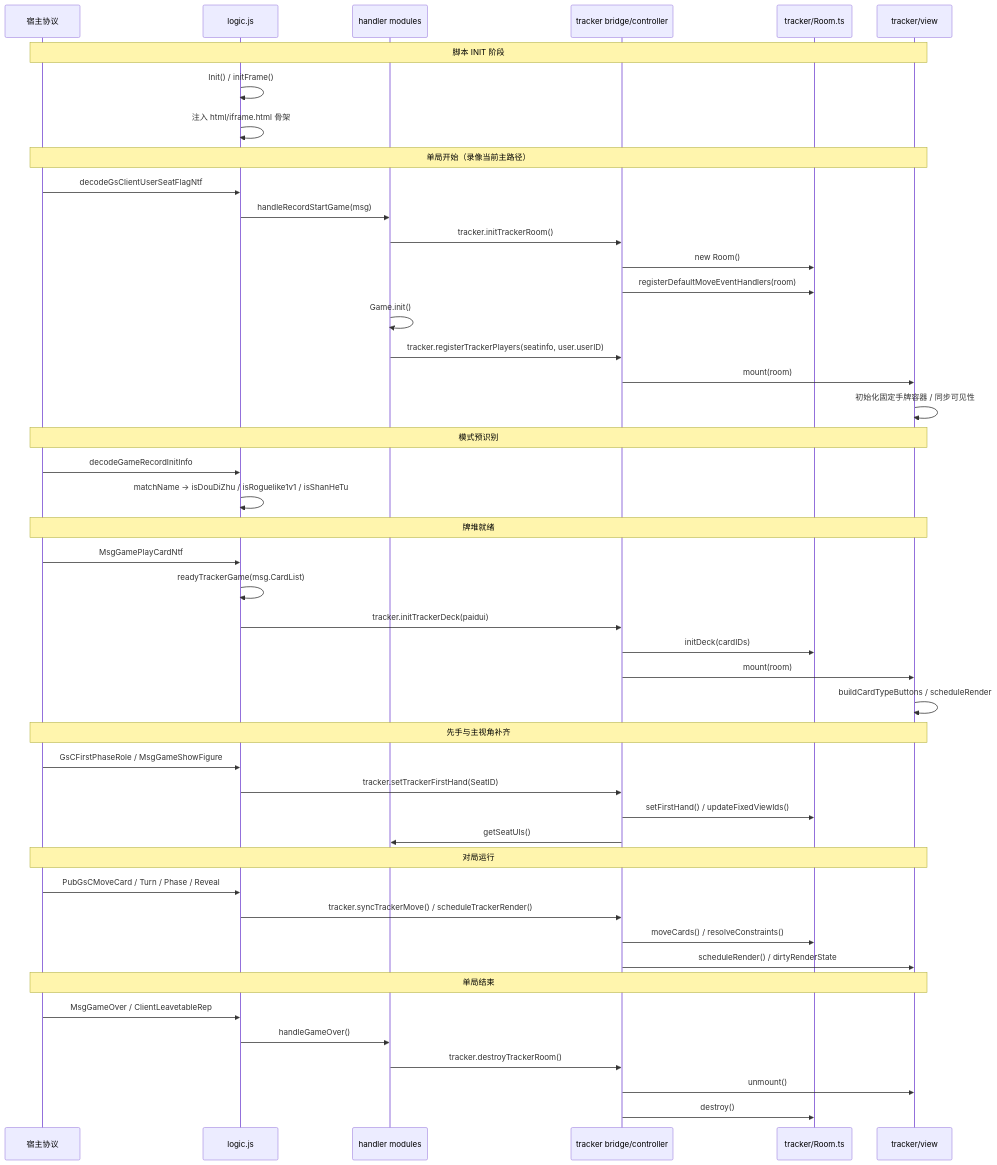
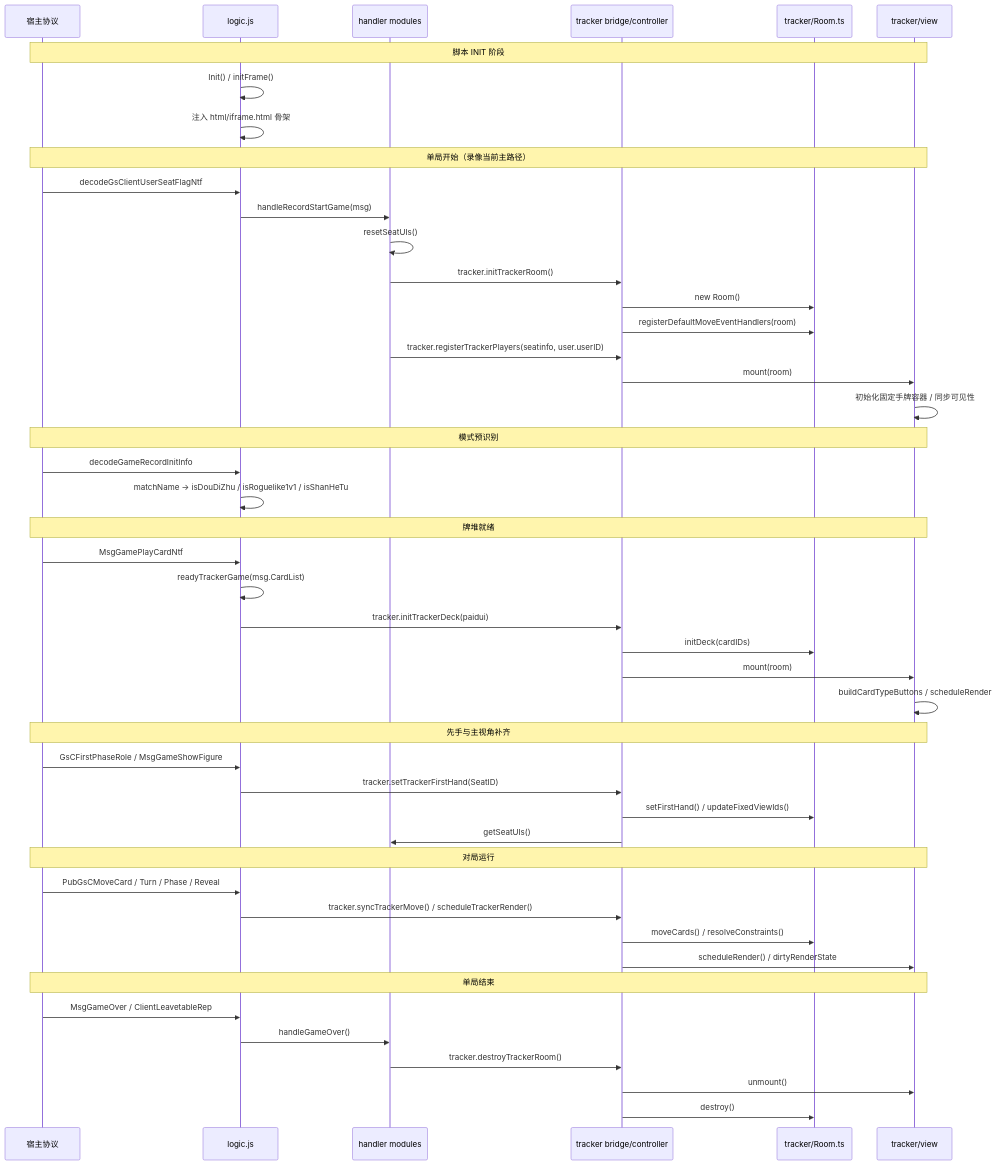
One commit to llsccm/tracker changed the second of 3 diagrams in docs/agents/lifecycle.md. Above: the diagram before and after it, drawn with Mermaid. The commit also changed 1 other file, not shown here.

Commit message:
docs: align seat overlay lifecycle notes

````diff
--- a/docs/agents/lifecycle.md
+++ b/docs/agents/lifecycle.md
@@ -65,55 +65,55 @@
 ```mermaid
 sequenceDiagram
     participant Engine as 宿主协议
     participant Logic as logic.js
     participant Handler as handler modules
     participant Bridge as tracker bridge/controller
     participant Room as tracker/Room.ts
     participant View as tracker/view
 
     Note over Engine,View: 脚本 INIT 阶段
     Logic ->> Logic: Init() / initFrame()
     Logic ->> Logic: 注入 html/iframe.html 骨架
 
     Note over Engine,View: 单局开始（录像当前主路径）
     Engine ->> Logic: decodeGsClientUserSeatFlagNtf
     Logic ->> Handler: handleRecordStartGame(msg)
+    Handler ->> Handler: resetSeatUIs()
     Handler ->> Bridge: tracker.initTrackerRoom()
     Bridge ->> Room: new Room()
     Bridge ->> Room: registerDefaultMoveEventHandlers(room)
-    Handler ->> Handler: Game.init()
     Handler ->> Bridge: tracker.registerTrackerPlayers(seatinfo, user.userID)
     Bridge ->> View: mount(room)
     View ->> View: 初始化固定手牌容器 / 同步可见性
 
     Note over Engine,View: 模式预识别
     Engine ->> Logic: decodeGameRecordInitInfo
     Logic ->> Logic: matchName -> isDouDiZhu / isRoguelike1v1 / isShanHeTu
 
     Note over Engine,View: 牌堆就绪
     Engine ->> Logic: MsgGamePlayCardNtf
     Logic ->> Logic: readyTrackerGame(msg.CardList)
     Logic ->> Bridge: tracker.initTrackerDeck(paidui)
     Bridge ->> Room: initDeck(cardIDs)
     Bridge ->> View: mount(room)
     View ->> View: buildCardTypeButtons / scheduleRender
 
     Note over Engine,View: 先手与主视角补齐
     Engine ->> Logic: GsCFirstPhaseRole / MsgGameShowFigure
     Logic ->> Bridge: tracker.setTrackerFirstHand(SeatID)
     Bridge ->> Room: setFirstHand() / updateFixedViewIds()
     Bridge ->> Handler: getSeatUIs()
 
     Note over Engine,View: 对局运行
     Engine ->> Logic: PubGsCMoveCard / Turn / Phase / Reveal
     Logic ->> Bridge: tracker.syncTrackerMove() / scheduleTrackerRender()
     Bridge ->> Room: moveCards() / resolveConstraints()
     Bridge ->> View: scheduleRender() / dirtyRenderState
 
     Note over Engine,View: 单局结束
     Engine ->> Logic: MsgGameOver / ClientLeavetableRep
     Logic ->> Handler: handleGameOver()
     Handler ->> Bridge: tracker.destroyTrackerRoom()
     Bridge ->> View: unmount()
     Bridge ->> Room: destroy()
 ```
````
